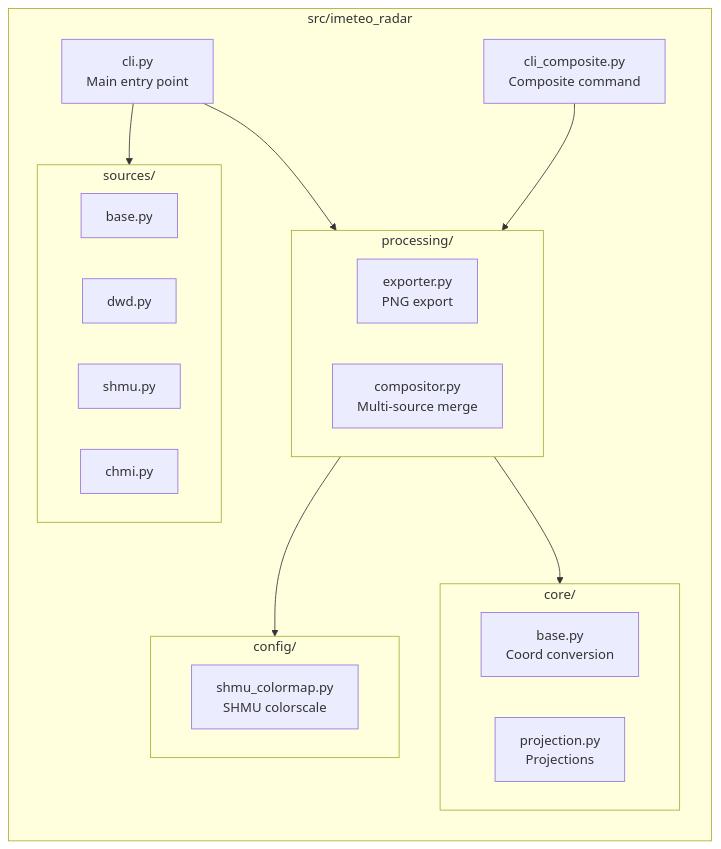
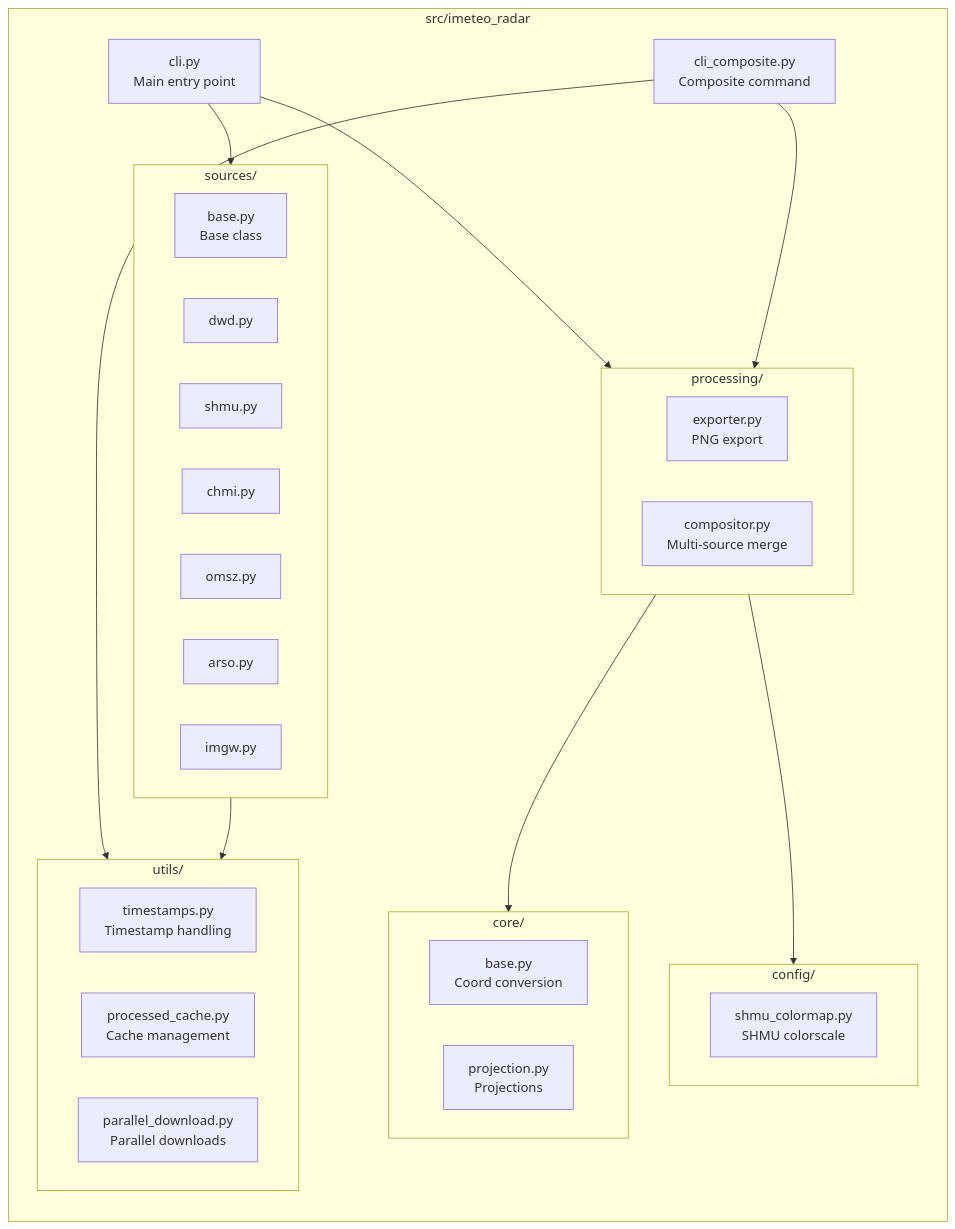
One commit to franko14/radar-shmu changed the fifth of 5 diagrams in docs/architecture.md. Above: the diagram before and after it, drawn with Mermaid. The commit also changed other lines of this file and 2 other files, not shown here.

First line of the commit message:
docs: Document cache-aware downloading and all 6 sources

````diff
--- a/docs/architecture.md
+++ b/docs/architecture.md
@@ -265,34 +491,45 @@
 ```mermaid
 graph LR
     subgraph src/imeteo_radar
         CLI[cli.py<br/>Main entry point]
         CLIC[cli_composite.py<br/>Composite command]
 
         subgraph sources/
-            BASE1[base.py]
+            BASE1[base.py<br/>Base class]
             DWD_S[dwd.py]
             SHMU_S[shmu.py]
             CHMI_S[chmi.py]
+            OMSZ_S[omsz.py]
+            ARSO_S[arso.py]
+            IMGW_S[imgw.py]
         end
 
         subgraph processing/
             EXP[exporter.py<br/>PNG export]
             COMP[compositor.py<br/>Multi-source merge]
         end
 
         subgraph core/
             BASE2[base.py<br/>Coord conversion]
             PROJ[projection.py<br/>Projections]
         end
 
         subgraph config/
             CMAP[shmu_colormap.py<br/>SHMU colorscale]
         end
+
+        subgraph utils/
+            TS[timestamps.py<br/>Timestamp handling]
+            CACHE[processed_cache.py<br/>Cache management]
+            PARA[parallel_download.py<br/>Parallel downloads]
+        end
     end
 
     CLI --> sources/
     CLI --> processing/
     CLIC --> processing/
+    CLIC --> utils/
     processing/ --> core/
     processing/ --> config/
+    sources/ --> utils/
 ```
````
